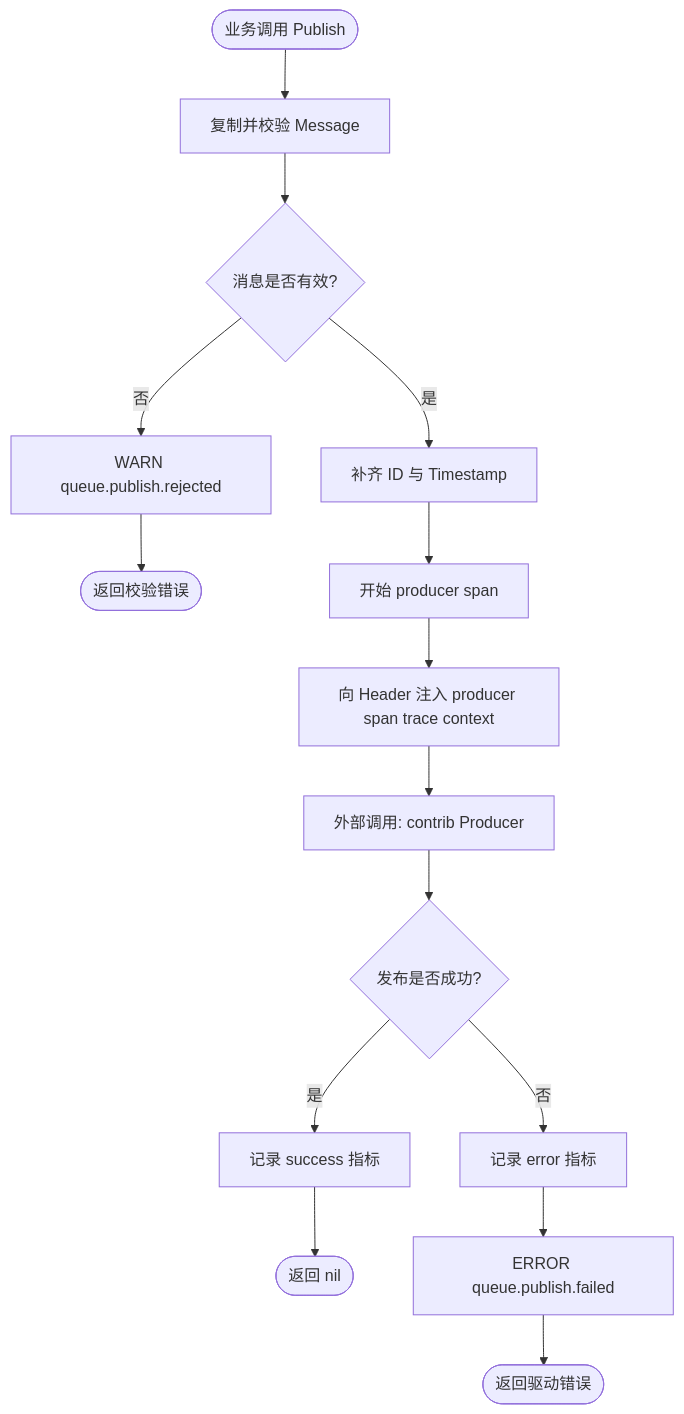
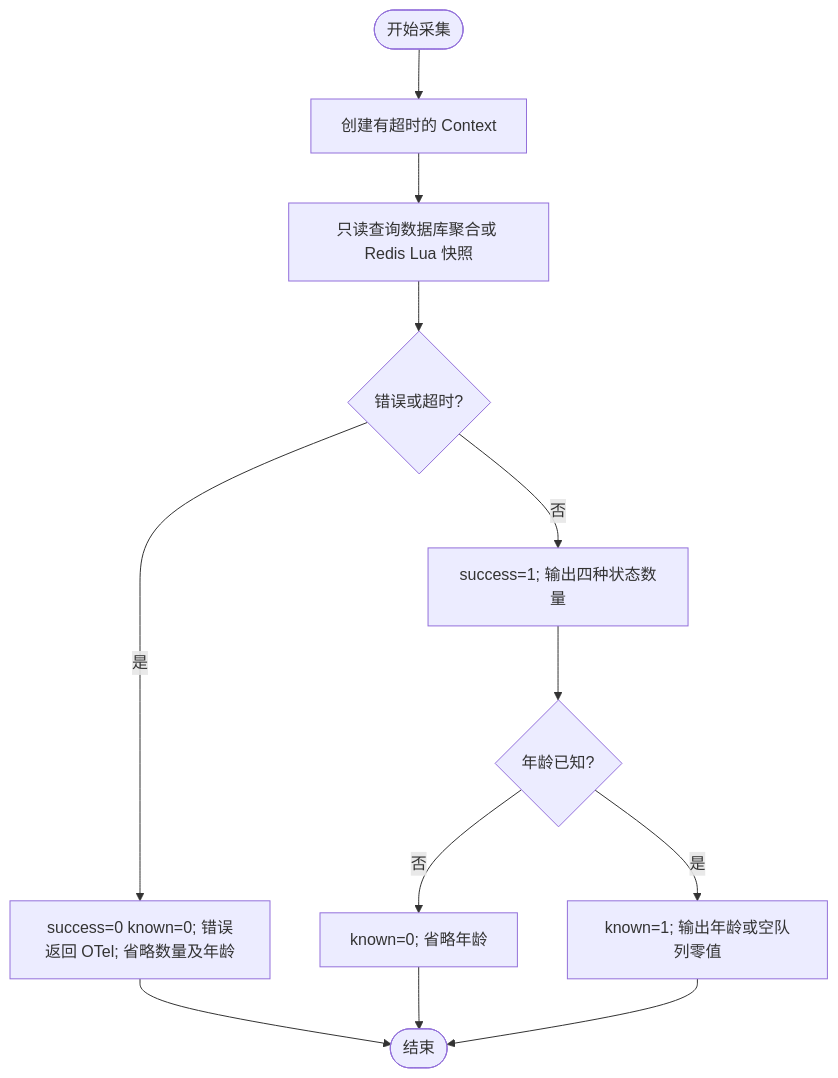
One commit to jaggerzhuang1994/kratos-foundation changed the second of 2 diagrams in pkg/queue/README.md. Above: the diagram before and after it, drawn with Mermaid. The commit also changed other lines of this file and 229 other files, not shown here.

````diff
--- a/pkg/queue/README.md
+++ b/pkg/queue/README.md
@@ -131,17 +158,14 @@
 ```mermaid
 flowchart TD
-    A([业务调用 Publish]) --> B[复制并校验 Message]
-    B --> C{消息是否有效?}
-    C -- 否 --> D[WARN queue.publish.rejected]
-    D --> E([返回校验错误])
-    C -- 是 --> F[补齐 ID 与 Timestamp]
-    F --> G[开始 producer span]
-    G --> H[向 Header 注入 producer span trace context]
-    H --> I[外部调用: contrib Producer]
-    I --> J{发布是否成功?}
-    J -- 是 --> K[记录 success 指标]
-    K --> L([返回 nil])
-    J -- 否 --> M[记录 error 指标]
-    M --> N[ERROR queue.publish.failed]
-    N --> O([返回驱动错误])
+ A([开始采集]) --> B[创建有超时的 Context]
+ B --> C[只读查询数据库聚合或 Redis Lua 快照]
+ C --> D{错误或超时?}
+ D -- 是 --> E[success=0 known=0; 错误返回 OTel; 省略数量及年龄]
+ D -- 否 --> F[success=1; 输出四种状态数量]
+ F --> G{年龄已知?}
+ G -- 否 --> H[known=0; 省略年龄]
+ G -- 是 --> I[known=1; 输出年龄或空队列零值]
+ E --> J([结束])
+ H --> J
+ I --> J
 ```
````
